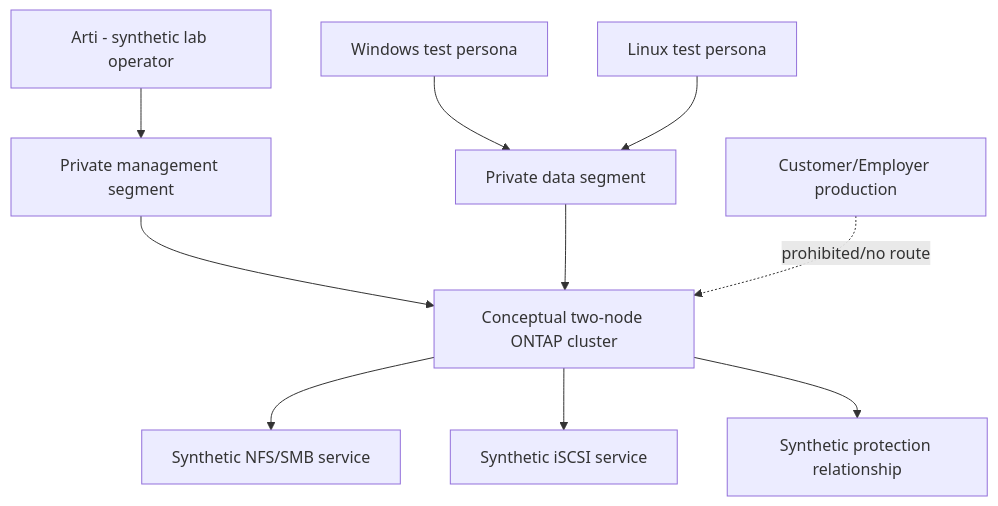
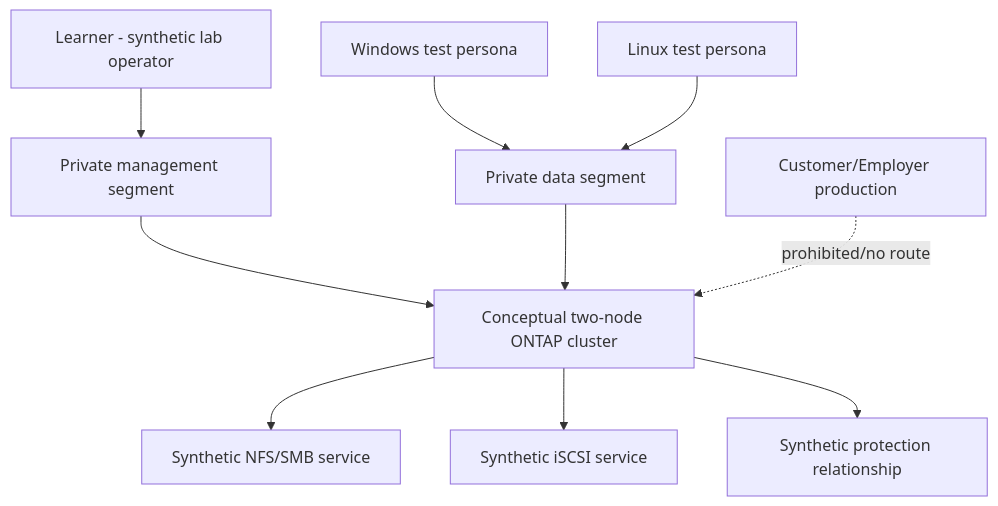
One commit to hichauhan-in/Interview-Prep changed diagram 22 of 25 in NetApp TAM/prep/Part-82-safe-netapp-practice-environment.md. Above: the diagram before and after it, drawn with Mermaid. The commit also changed other lines of this file and 493 other files, not shown here.

````diff
--- a/NetApp TAM/prep/Part-82-safe-netapp-practice-environment.md
+++ b/NetApp TAM/prep/Part-82-safe-netapp-practice-environment.md
@@ -471,12 +471,12 @@
 ```mermaid
 flowchart TB
-    ARTI[Arti - synthetic lab operator] --> M[Private management segment]
+    USER[Learner - synthetic lab operator] --> M[Private management segment]
     WIN[Windows test persona] --> D[Private data segment]
     LINUX[Linux test persona] --> D
     M --> C[Conceptual two-node ONTAP cluster]
     D --> C
     C --> NAS[Synthetic NFS/SMB service]
     C --> SAN[Synthetic iSCSI service]
     C --> DP[Synthetic protection relationship]
     PROD[Customer/Employer production] -. prohibited/no route .-> C
 ```
````
